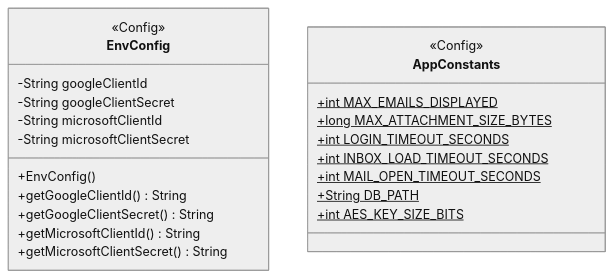
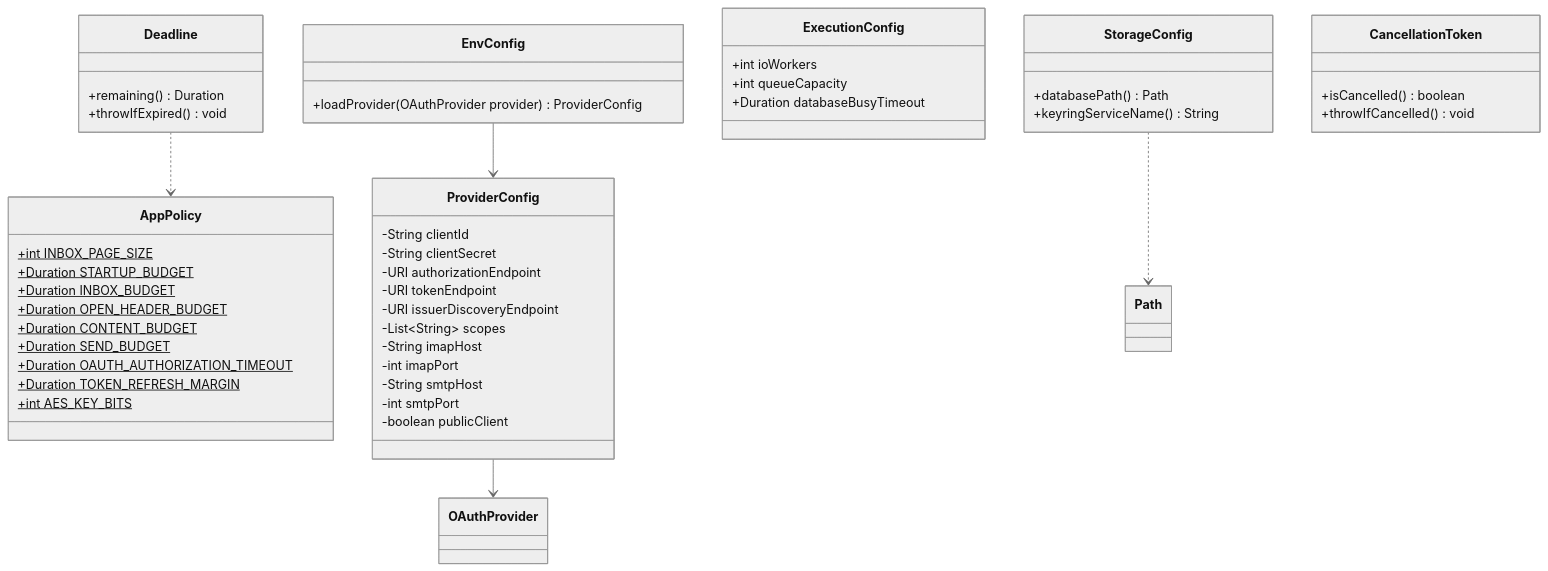
Before and after one commit to JuanPablo72000/evermail: the diagram in docs/diagrams/uml-config.md, drawn with Mermaid (neutral theme). The commit also changed other lines of this file and 118 other files, not shown here.

````diff
--- a/docs/diagrams/uml-config.md
+++ b/docs/diagrams/uml-config.md
@@ -1,25 +5,51 @@
 ```mermaid
 classDiagram
+    class AppPolicy {
+        +int INBOX_PAGE_SIZE$
+        +Duration STARTUP_BUDGET$
+        +Duration INBOX_BUDGET$
+        +Duration OPEN_HEADER_BUDGET$
+        +Duration CONTENT_BUDGET$
+        +Duration SEND_BUDGET$
+        +Duration OAUTH_AUTHORIZATION_TIMEOUT$
+        +Duration TOKEN_REFRESH_MARGIN$
+        +int AES_KEY_BITS$
+    }
     class EnvConfig {
-        <<Config>>
-        -String googleClientId
-        -String googleClientSecret
-        -String microsoftClientId
-        -String microsoftClientSecret
-        +EnvConfig()
-        +getGoogleClientId() String
-        +getGoogleClientSecret() String
-        +getMicrosoftClientId() String
-        +getMicrosoftClientSecret() String
+        +loadProvider(OAuthProvider provider) ProviderConfig
     }
-    class AppConstants {
-        <<Config>>
-        +int MAX_EMAILS_DISPLAYED$
-        +long MAX_ATTACHMENT_SIZE_BYTES$
-        +int LOGIN_TIMEOUT_SECONDS$
-        +int INBOX_LOAD_TIMEOUT_SECONDS$
-        +int MAIL_OPEN_TIMEOUT_SECONDS$
-        +String DB_PATH$
-        +int AES_KEY_SIZE_BITS$
+    class ProviderConfig {
+        -String clientId
+        -String clientSecret
+        -URI authorizationEndpoint
+        -URI tokenEndpoint
+        -URI issuerDiscoveryEndpoint
+        -List~String~ scopes
+        -String imapHost
+        -int imapPort
+        -String smtpHost
+        -int smtpPort
+        -boolean publicClient
     }
-```    
+    class StorageConfig {
+        +databasePath() Path
+        +keyringServiceName() String
+    }
+    class ExecutionConfig {
+        +int ioWorkers
+        +int queueCapacity
+        +Duration databaseBusyTimeout
+    }
+    class Deadline {
+        +remaining() Duration
+        +throwIfExpired() void
+    }
+    class CancellationToken {
+        +isCancelled() boolean
+        +throwIfCancelled() void
+    }
+    EnvConfig --> ProviderConfig
+    ProviderConfig --> OAuthProvider
+    StorageConfig ..> Path
+    Deadline ..> AppPolicy
+```
````
